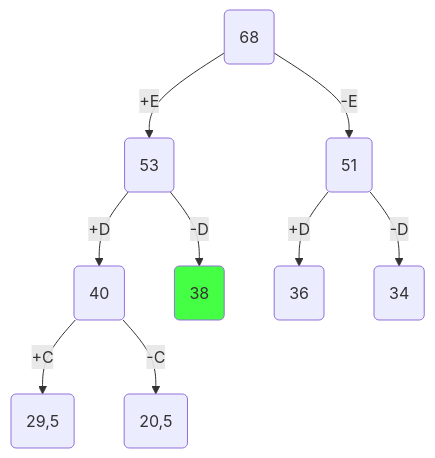
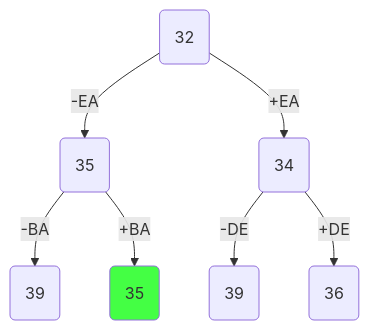
The sixth of 9 diagrams in nevermind.md (hse-algo-24-owl/manual-tasks-owl), drawn with Mermaid before and after one commit. The commit also changed other lines of this file, not shown here.

````diff
--- a/nevermind.md
+++ b/nevermind.md
@@ -129,22 +225,19 @@
-``` mermaid
+```mermaid
 flowchart TD
-A(68)
-B(53)
-C(51)
-D(40)
-E(38)
-F(36)
-G(34)
-H(29,5)
-I(20,5)
-A -- +E--> B
-A -- -E--> C
-B -- +D--> D
-B -- -D--> E
-C -- +D--> F
-C -- -D--> G
-D -- +C--> H
-D -- -C--> I
+A(32)
+B(35)
+C(34)
+D(39)
+E(36)
+F(39)
+G(35)
 
-style E fill:#4f4f
+A -- -EA --> B
+A -- +EA --> C
+C -- -DE --> D
+C -- +DE --> E
+B -- -BA --> F
+B -- +BA --> G
+
+style G fill:#4f4f
 ```
````
